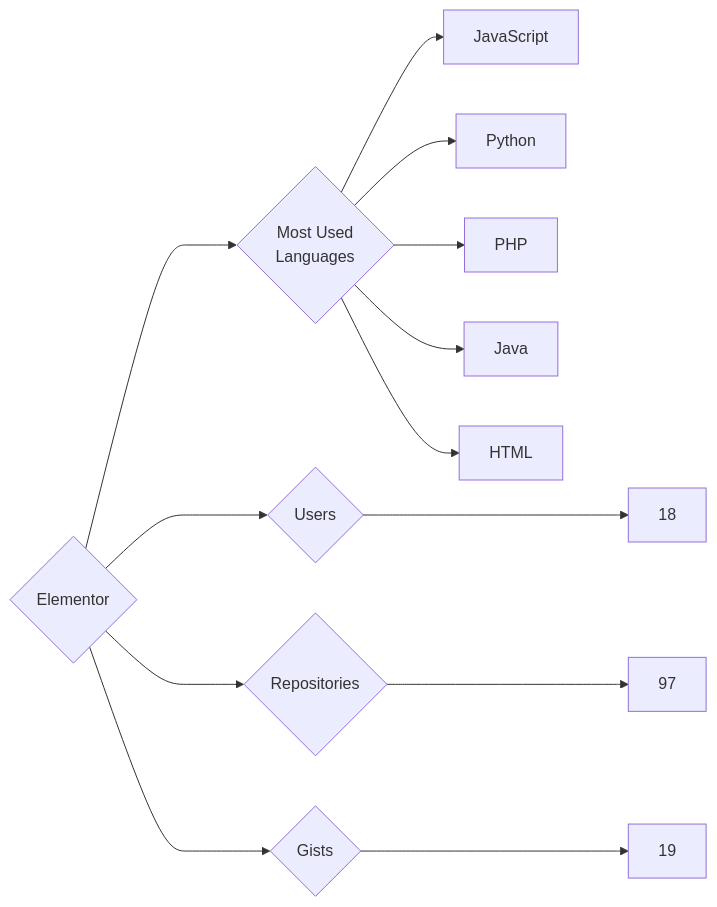
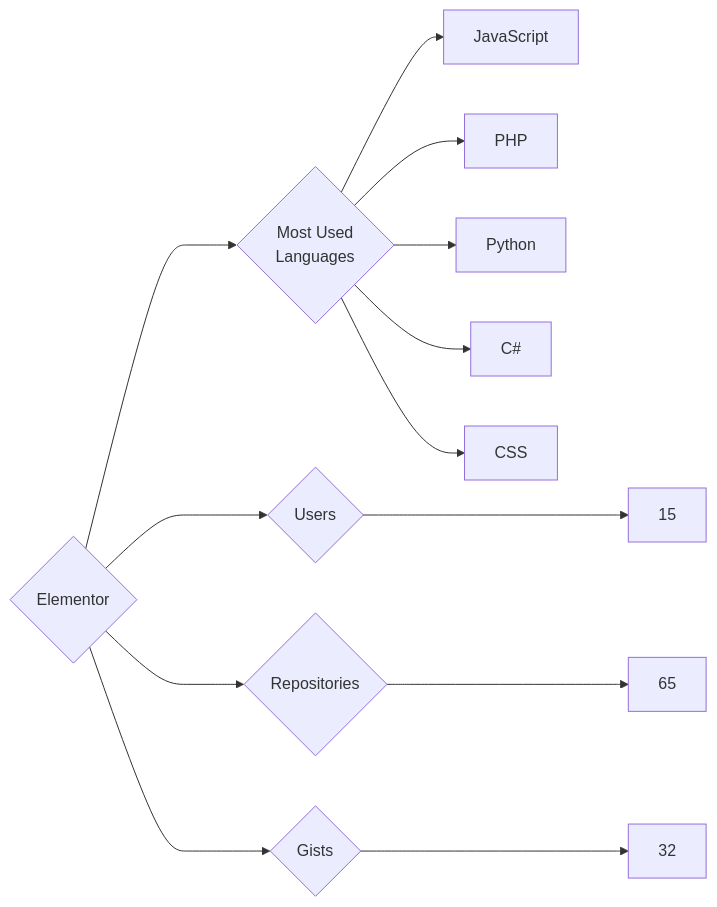
The diagram in targets/Elementor/README.md (trickest/insiders), drawn with Mermaid before and after one commit. The commit also changed 984 other files, not shown here.

````diff
--- a/targets/Elementor/README.md
+++ b/targets/Elementor/README.md
@@ -3,13 +3,13 @@
 ```mermaid
 graph LR
 COMPANY_NAME{Elementor}
-COMPANY_NAME ---> U{Users} ---> UN[18]
-COMPANY_NAME ---> R{Repositories} ---> RN[97]
-COMPANY_NAME ---> G{Gists} ---> GN[19]
+COMPANY_NAME ---> U{Users} ---> UN[15]
+COMPANY_NAME ---> R{Repositories} ---> RN[65]
+COMPANY_NAME ---> G{Gists} ---> GN[32]
 COMPANY_NAME ---> ML{Most Used<br>Languages}
 ML --> JavaScript[JavaScript]
+ML --> PHP[PHP]
 ML --> Python[Python]
-ML --> PHP[PHP]
-ML --> Java[Java]
-ML --> HTML[HTML]
+ML --> C#[C#]
+ML --> CSS[CSS]
 ```
````
